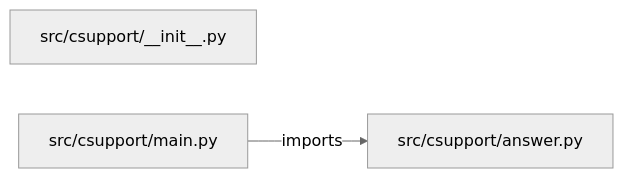
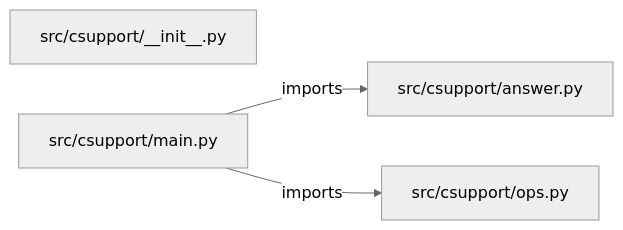
Before and after one commit to iarsingh/customer-technical-support-ai-platform: the diagram in PROJECT_ARCHITECTURE.md, drawn with Mermaid (neutral theme). The commit also changed other lines of this file and 2 other files, not shown here.

Commit message:
Refresh architecture and interview guides from current implementation

````diff
--- a/PROJECT_ARCHITECTURE.md
+++ b/PROJECT_ARCHITECTURE.md
@@ -13,7 +13,9 @@
 ```mermaid
 flowchart LR
     M0["src/csupport/__init__.py"]
     M1["src/csupport/answer.py"]
     M2["src/csupport/main.py"]
+    M3["src/csupport/ops.py"]
     M2 -->|imports| M1
+    M2 -->|imports| M3
 ```
````
